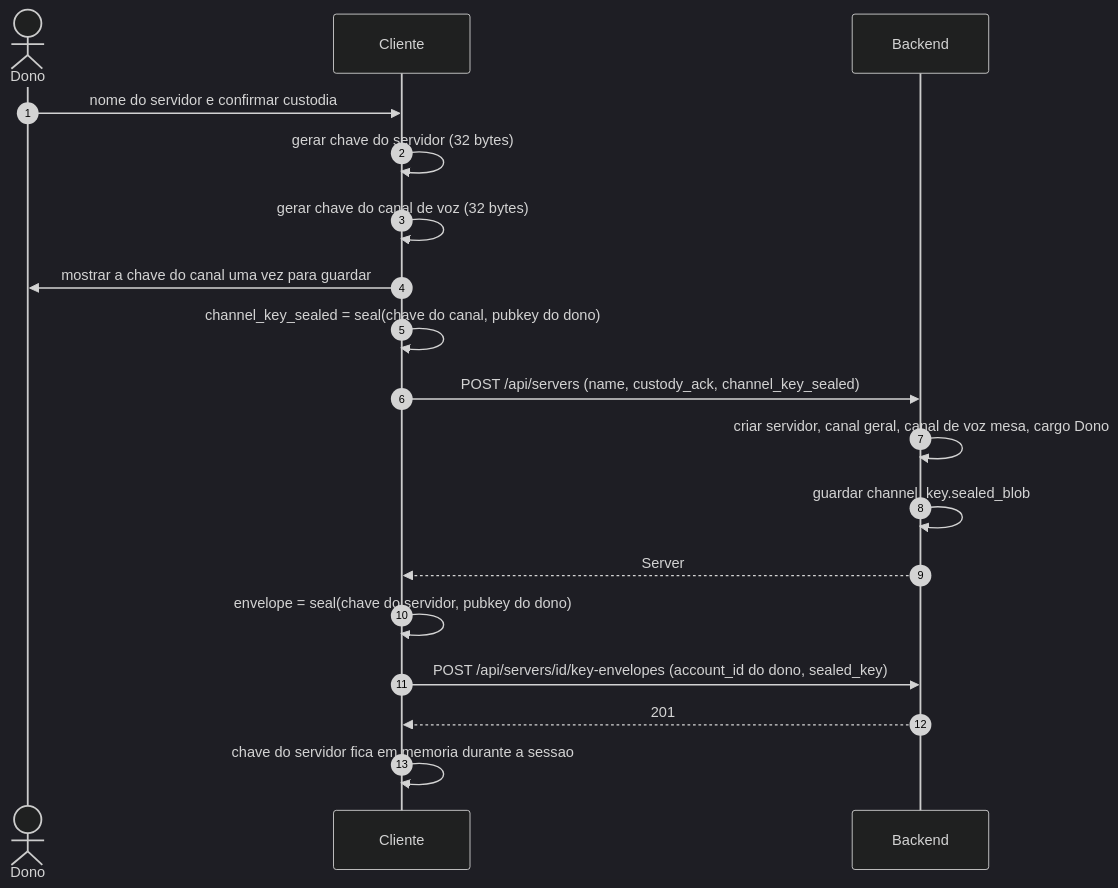
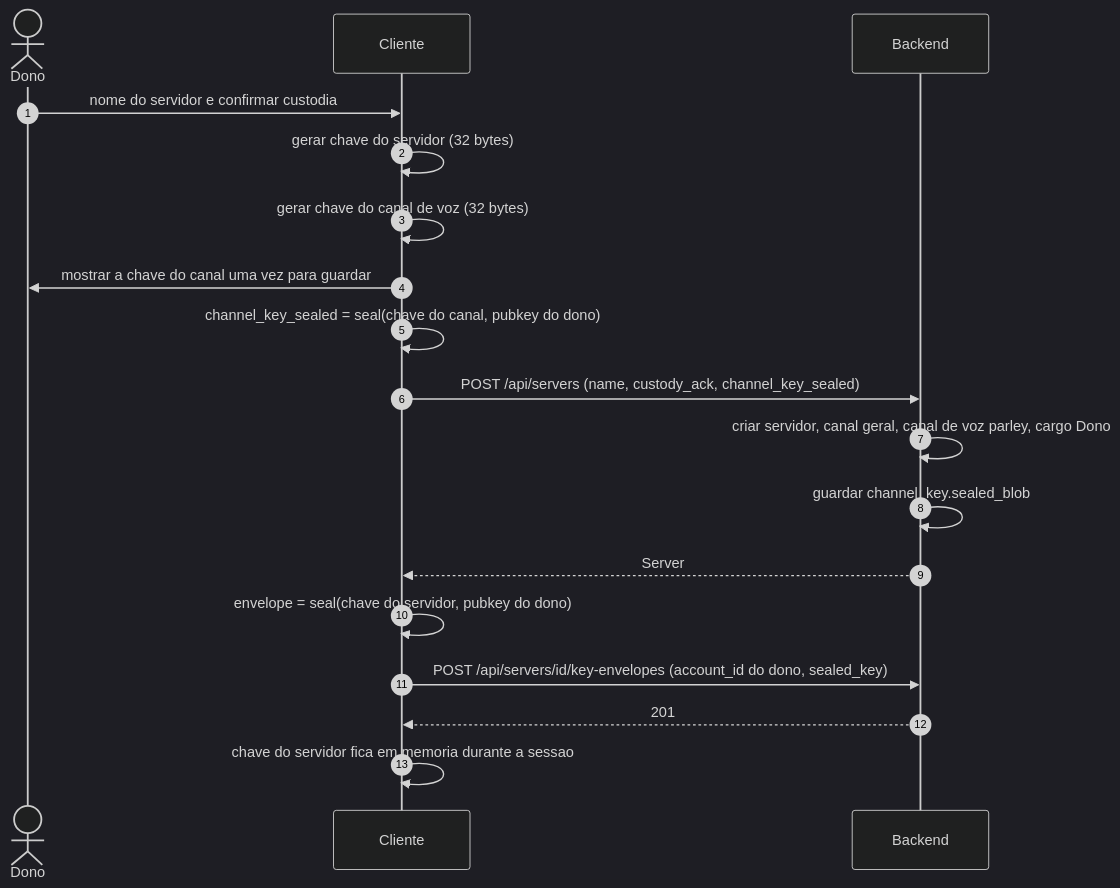
Before and after one commit to ricardopiloto/chat-app: the second of 10 diagrams in docs/contratos-e-fluxos.md, drawn with Mermaid (dark theme). The commit also changed other lines of this file and 43 other files, not shown here.

````diff
--- a/docs/contratos-e-fluxos.md
+++ b/docs/contratos-e-fluxos.md
@@ -212,21 +212,21 @@
 ```mermaid
 sequenceDiagram
     autonumber
     actor O as Dono
     participant C as Cliente
     participant B as Backend
 
     O->>C: nome do servidor e confirmar custodia
     C->>C: gerar chave do servidor (32 bytes)
     C->>C: gerar chave do canal de voz (32 bytes)
     C->>O: mostrar a chave do canal uma vez para guardar
     C->>C: channel_key_sealed = seal(chave do canal, pubkey do dono)
     C->>B: POST /api/servers (name, custody_ack, channel_key_sealed)
-    B->>B: criar servidor, canal geral, canal de voz mesa, cargo Dono
+    B->>B: criar servidor, canal geral, canal de voz parley, cargo Dono
     B->>B: guardar channel_key.sealed_blob
     B-->>C: Server
     C->>C: envelope = seal(chave do servidor, pubkey do dono)
     C->>B: POST /api/servers/id/key-envelopes (account_id do dono, sealed_key)
     B-->>C: 201
     C->>C: chave do servidor fica em memoria durante a sessao
 ```
````
